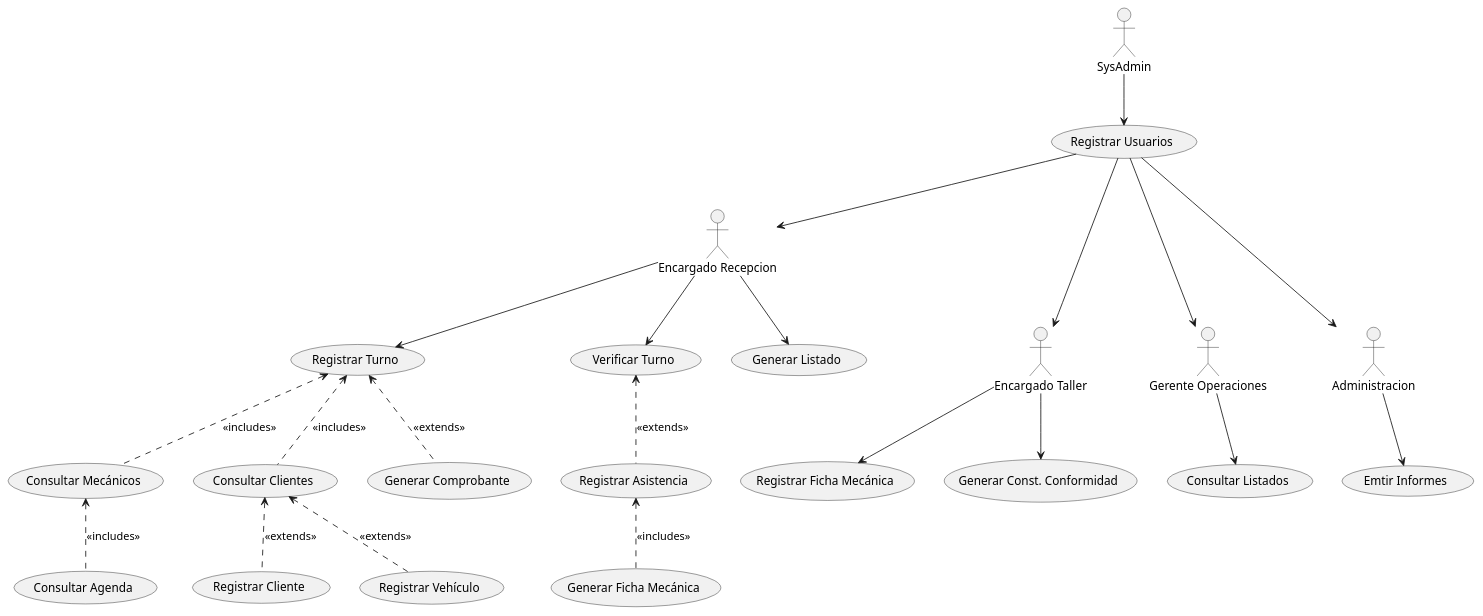
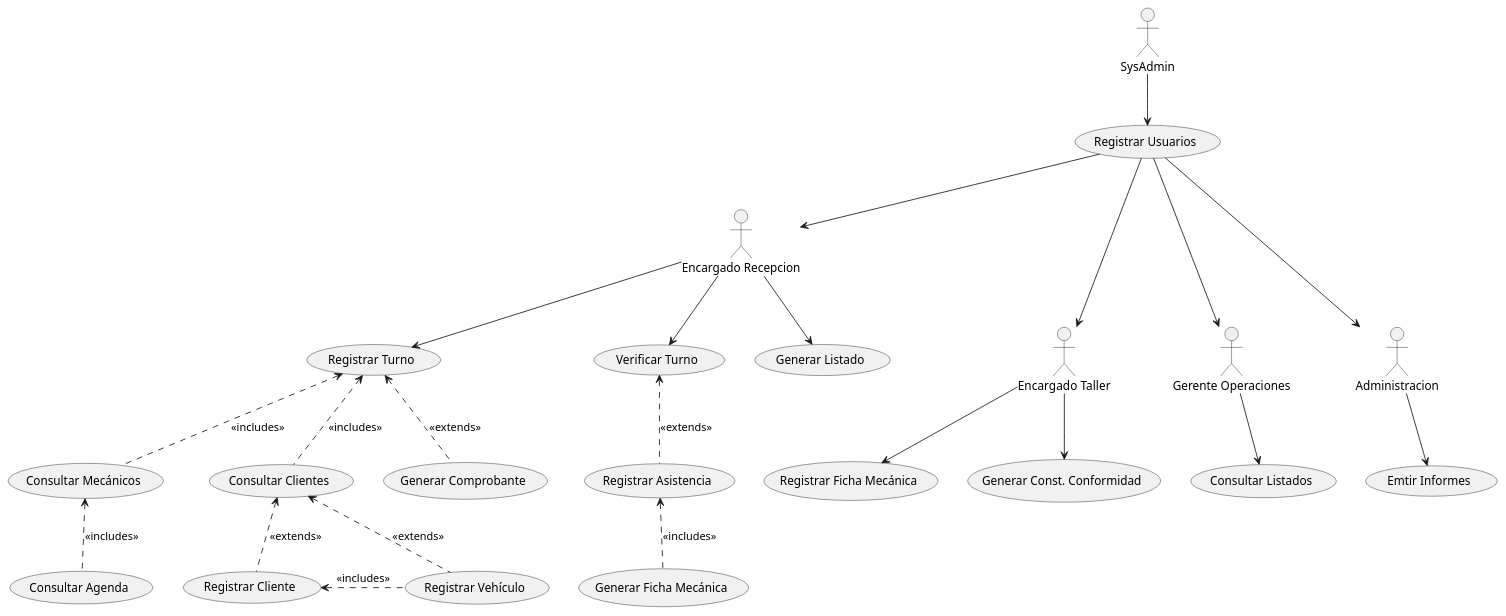
One commit to MatiasCermak/tp-integrador-doo changed the diagram in UML/DiagramaUC.puml. Above: the diagram before and after it, drawn with PlantUML.

Commit message:
Actualizado Diagrama de UC

```diff
--- a/UML/DiagramaUC.puml
+++ b/UML/DiagramaUC.puml
@@ -1,48 +1,49 @@
 @startuml Diagrama Casos de Uso
 (Registrar Turno) as UC1
 (Consultar Agenda) as UC2
 (Generar Comprobante) as UC3
 (Registrar Cliente) as UC4
 (Generar Ficha Mecánica) as UC5
 (Consultar Clientes) as UC6
 (Generar Listado) as UC7
 (Registrar Usuarios) as UC8
 (Registrar Ficha Mecánica) as UC9
 (Generar Const. Conformidad) as UC10
 (Consultar Listados) as UC11
 (Emtir Informes) as UC12
 (Consultar Mecánicos) as UC13
 (Verificar Turno) as UC14
 (Registrar Asistencia) as UC15
 (Registrar Vehículo) as UC16
 
 
 actor :Encargado Recepcion: as encRec
 actor :SysAdmin: as sysAdm
 actor :Encargado Taller: as encTal
 actor :Gerente Operaciones: as gerOps
 actor :Administracion: as admin
 
 UC3 .up.> UC1 : <<extends>>
 UC4 .up.> UC6 : <<extends>>
 UC16 .up.> UC6 : <<extends>>
 UC15 .up.> UC14 : <<extends>>
 UC2 .up.> UC13 : <<includes>>
 UC6 .up.> UC1 : <<includes>>
 UC5 .up.> UC15 : <<includes>> 
 UC13 .up.> UC1 : <<includes>>
 encRec --> UC1
 encRec --> UC7
 encRec --> UC14
 sysAdm --> UC8
 encTal --> UC9
 encTal --> UC10
 gerOps --> UC11 
 admin --> UC12
+UC16 .left.>UC4 : <<includes>>
 
 UC8 ---> gerOps
 UC8 ---> encTal  
 UC8 --> encRec
 UC8 ---> admin
 
 @enduml
```
